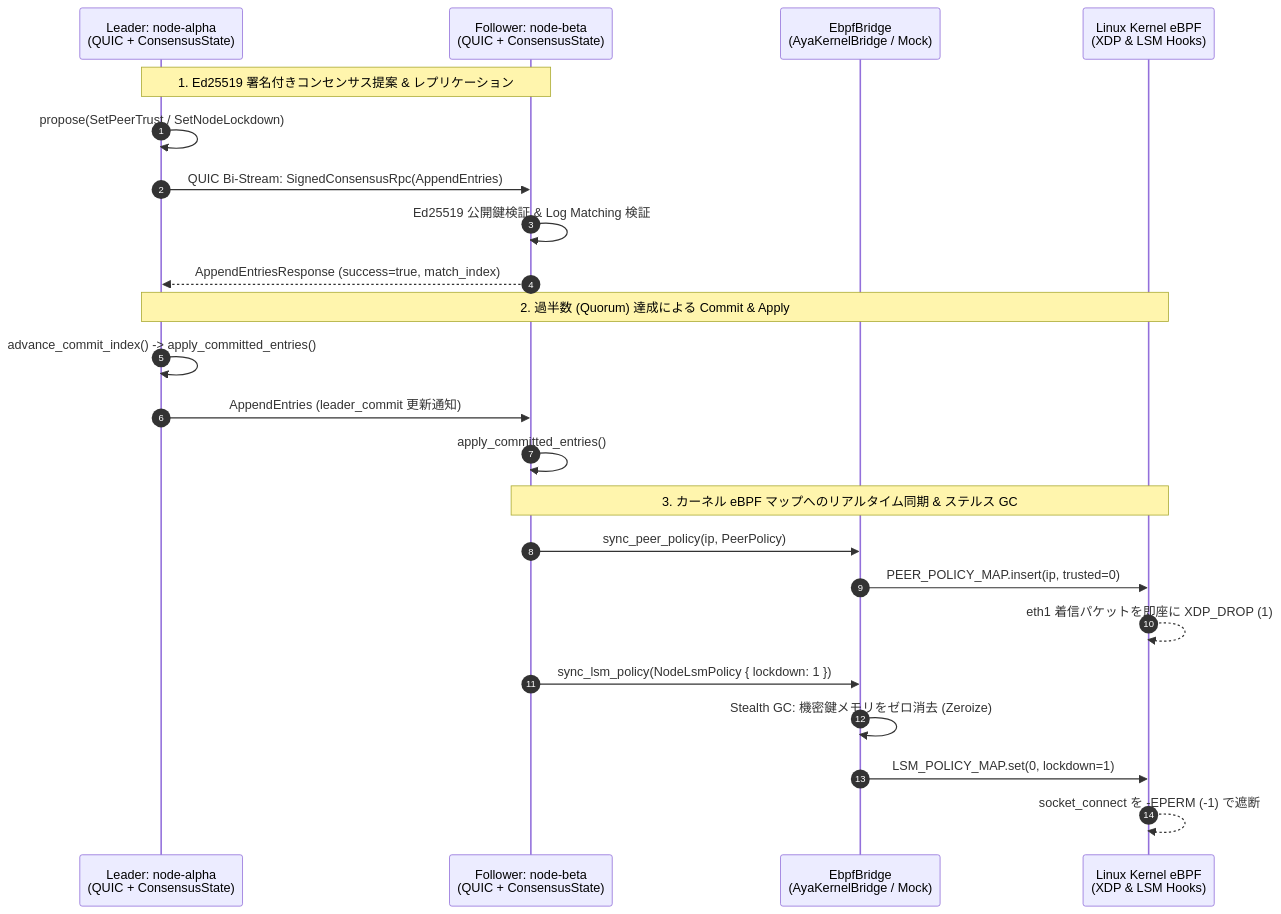
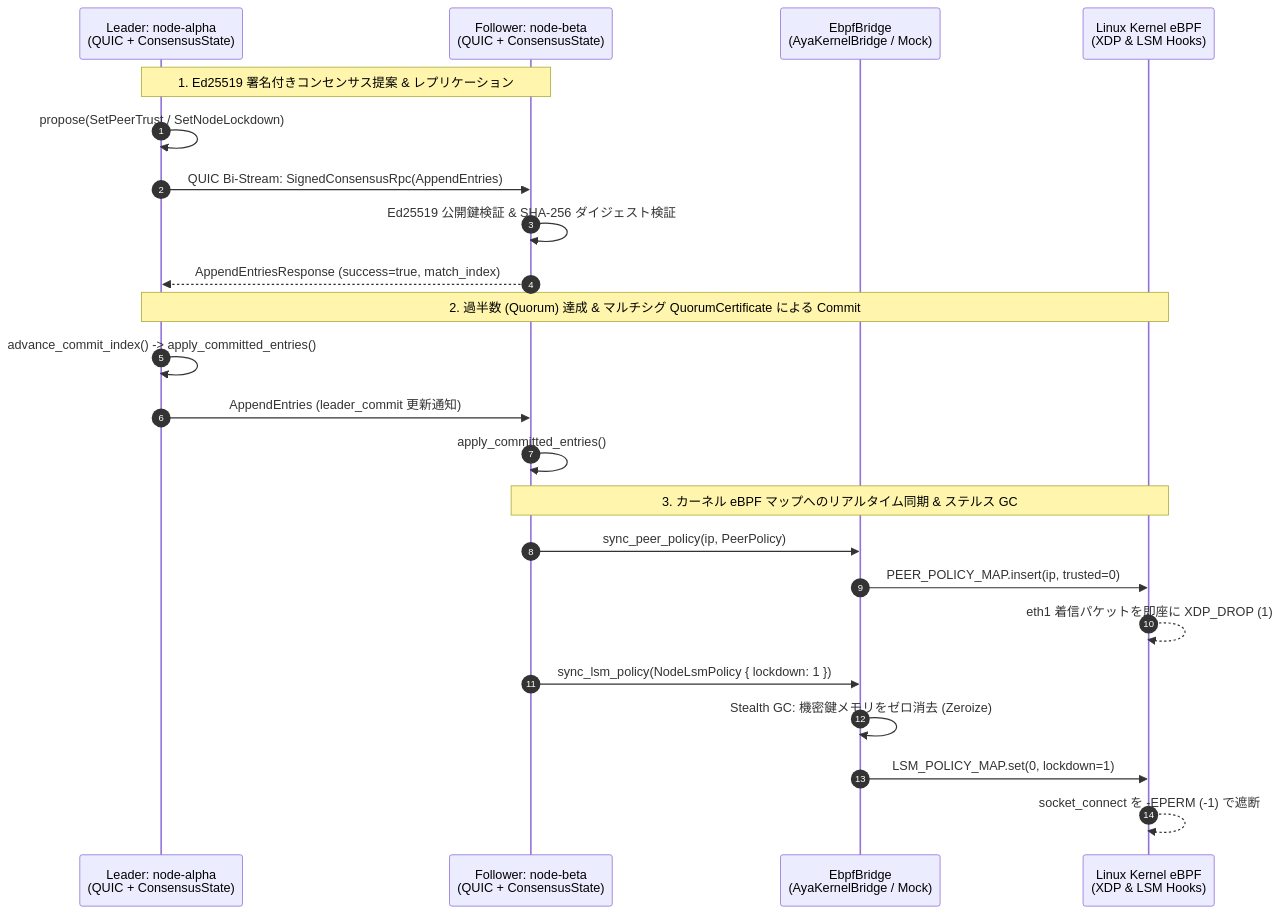
One commit to mt4110/veil-mesh-consensus changed the diagram in docs/CONSENSUS_AND_EBPF_PROOF.md. Above: the diagram before and after it, drawn with Mermaid. The commit also changed other lines of this file and 21 other files, not shown here.

Commit message:
feat(bft,docs,ci): add multi-sig QuorumCertificate (proof_8), Cloud Deployment Guide (AWS/GCP/Azure/CF/Vercel), and pre-commit markdownlint + OSS governance

````diff
--- a/docs/CONSENSUS_AND_EBPF_PROOF.md
+++ b/docs/CONSENSUS_AND_EBPF_PROOF.md
@@ -11,29 +11,29 @@
 ```mermaid
 sequenceDiagram
     autonumber
     participant Alpha as Leader: node-alpha<br/>(QUIC + ConsensusState)
     participant Beta as Follower: node-beta<br/>(QUIC + ConsensusState)
     participant Bridge as EbpfBridge<br/>(AyaKernelBridge / Mock)
     participant Kernel as Linux Kernel eBPF<br/>(XDP & LSM Hooks)
 
     Note over Alpha,Beta: 1. Ed25519 署名付きコンセンサス提案 & レプリケーション
     Alpha->>Alpha: propose(SetPeerTrust / SetNodeLockdown)
     Alpha->>Beta: QUIC Bi-Stream: SignedConsensusRpc(AppendEntries)
-    Beta->>Beta: Ed25519 公開鍵検証 & Log Matching 検証
+    Beta->>Beta: Ed25519 公開鍵検証 & SHA-256 ダイジェスト検証
     Beta-->>Alpha: AppendEntriesResponse (success=true, match_index)
 
-    Note over Alpha,Kernel: 2. 過半数 (Quorum) 達成による Commit & Apply
+    Note over Alpha,Kernel: 2. 過半数 (Quorum) 達成 & マルチシグ QuorumCertificate による Commit
     Alpha->>Alpha: advance_commit_index() -> apply_committed_entries()
     Alpha->>Beta: AppendEntries (leader_commit 更新通知)
     Beta->>Beta: apply_committed_entries()
 
     Note over Beta,Kernel: 3. カーネル eBPF マップへのリアルタイム同期 & ステルス GC
     Beta->>Bridge: sync_peer_policy(ip, PeerPolicy)
     Bridge->>Kernel: PEER_POLICY_MAP.insert(ip, trusted=0)
     Kernel-->>Kernel: eth1 着信パケットを即座に XDP_DROP (1)
 
     Beta->>Bridge: sync_lsm_policy(NodeLsmPolicy { lockdown: 1 })
     Bridge->>Bridge: Stealth GC: 機密鍵メモリをゼロ消去 (Zeroize)
     Bridge->>Kernel: LSM_POLICY_MAP.set(0, lockdown=1)
     Kernel-->>Kernel: socket_connect を -EPERM (-1) で遮断
 ```
````
